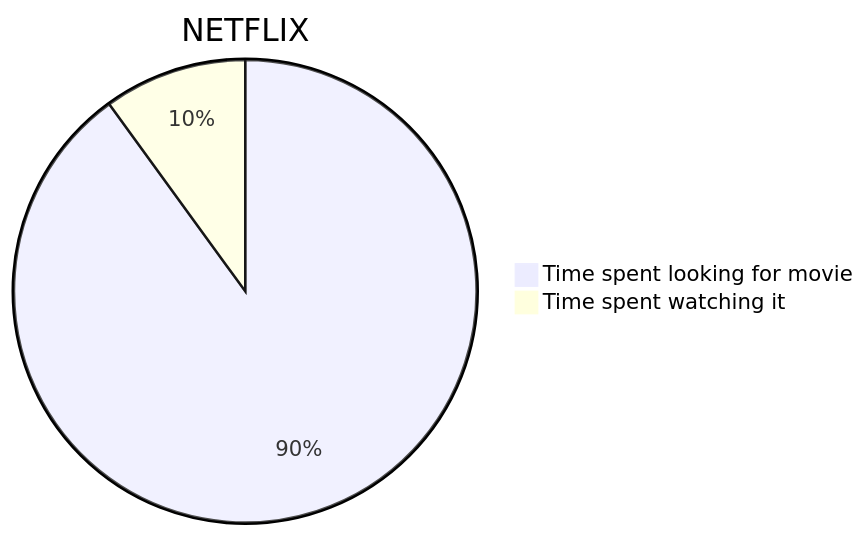
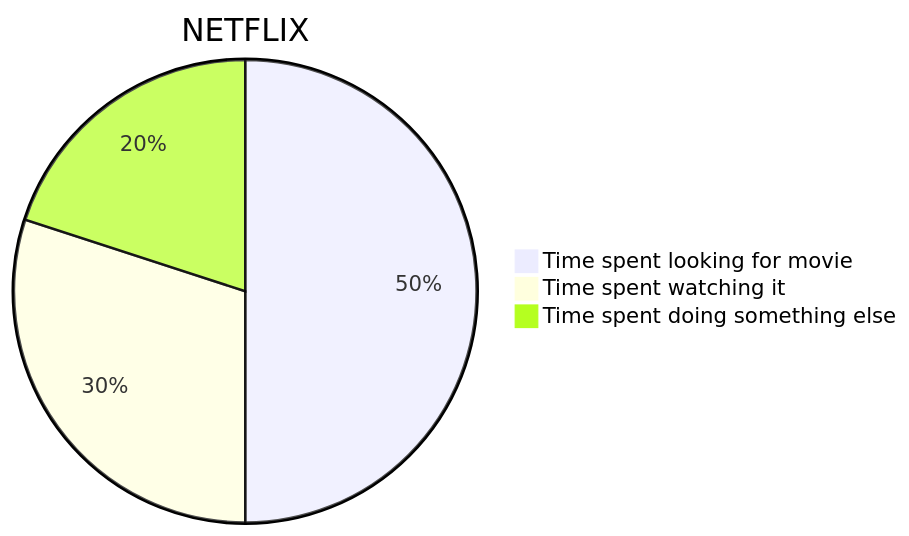
One commit to craftskillz/living-documentation changed the first of 8 diagrams in documentation/2026_05_20_13_28_[CONFERENCE]_test.md. Above: the diagram before and after it, drawn with Mermaid. The commit also changed other lines of this file and 21 other files, not shown here.

````diff
--- a/documentation/2026_05_20_13_28_[CONFERENCE]_test.md
+++ b/documentation/2026_05_20_13_28_[CONFERENCE]_test.md
@@ -12,5 +22,6 @@
 ```mermaid
 pie title NETFLIX
-         "Time spent looking for movie" : 90
-         "Time spent watching it" : 10
+         "Time spent looking for movie" : 50
+         "Time spent watching it" : 30
+         "Time spent doing something else" : 20
 ```
````
